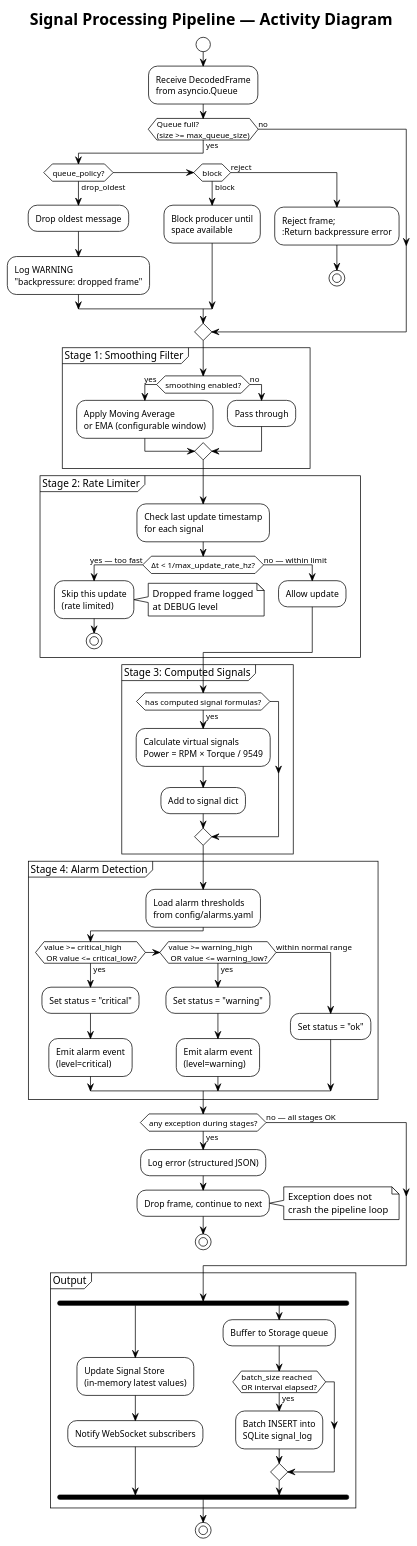
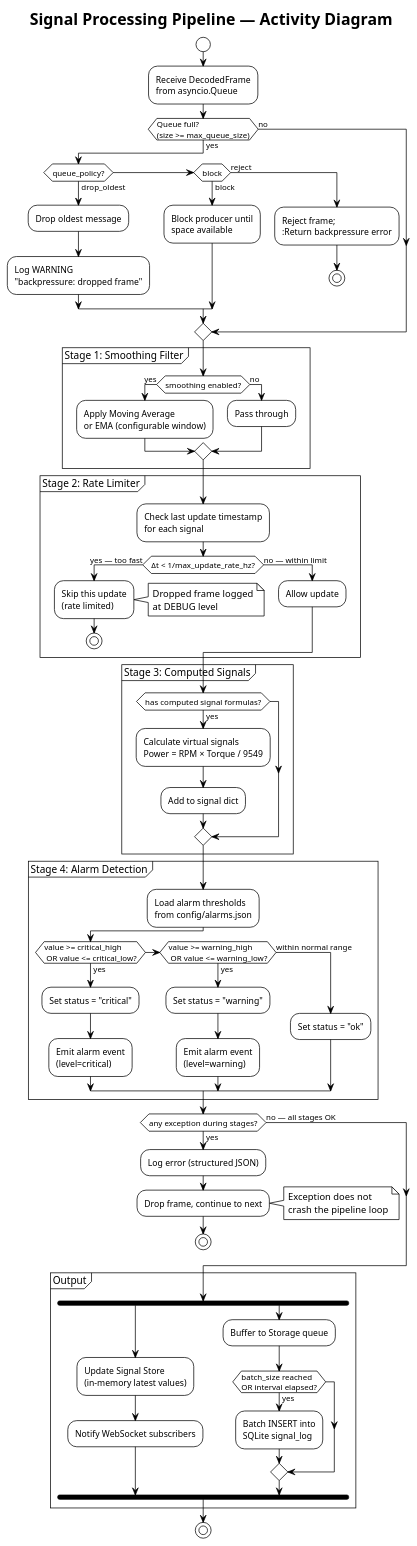
The diagram in diagram/08_activity_pipeline.puml (3tdn/car-hmi), drawn with PlantUML before and after one commit. The commit also changed 35 other files, not shown here.

Commit message:
thay doi config yaml thanh json

```diff
--- a/diagram/08_activity_pipeline.puml
+++ b/diagram/08_activity_pipeline.puml
@@ -1,83 +1,83 @@
 @startuml Activity - Signal Processing Pipeline
 !theme plain
 title Signal Processing Pipeline — Activity Diagram
 
 start
 
 :Receive DecodedFrame\nfrom asyncio.Queue;
 
 if (Queue full?\n(size >= max_queue_size)) then (yes)
     if (queue_policy?) then (drop_oldest)
         :Drop oldest message;
         :Log WARNING\n"backpressure: dropped frame";
     elseif (block) then (block)
         :Block producer until\nspace available;
     else (reject)
         :Reject frame;\n:Return backpressure error;
         stop
     endif
 else (no)
 endif
 
 partition "Stage 1: Smoothing Filter" {
     if (smoothing enabled?) then (yes)
         :Apply Moving Average\nor EMA (configurable window);
     else (no)
         :Pass through;
     endif
 }
 
 partition "Stage 2: Rate Limiter" {
     :Check last update timestamp\nfor each signal;
     if (Δt < 1/max_update_rate_hz?) then (yes — too fast)
         :Skip this update\n(rate limited);
         note right: Dropped frame logged\nat DEBUG level
         stop
     else (no — within limit)
         :Allow update;
     endif
 }
 
 partition "Stage 3: Computed Signals" {
     if (has computed signal formulas?) then (yes)
         :Calculate virtual signals\nPower = RPM × Torque / 9549;
         :Add to signal dict;
     endif
 }
 
 partition "Stage 4: Alarm Detection" {
-    :Load alarm thresholds\nfrom config/alarms.yaml;
+    :Load alarm thresholds\nfrom config/alarms.json;
     if (value >= critical_high\n OR value <= critical_low?) then (yes)
         :Set status = "critical";
         :Emit alarm event\n(level=critical);
     elseif (value >= warning_high\n OR value <= warning_low?) then (yes)
         :Set status = "warning";
         :Emit alarm event\n(level=warning);
     else (within normal range)
         :Set status = "ok";
     endif
 }
 
 if (any exception during stages?) then (yes)
     :Log error (structured JSON);
     :Drop frame, continue to next;
     note right: Exception does not\ncrash the pipeline loop
     stop
 else (no — all stages OK)
 endif
 
 partition "Output" {
     fork
         :Update Signal Store\n(in-memory latest values);
         :Notify WebSocket subscribers;
     fork again
         :Buffer to Storage queue;
         if (batch_size reached\nOR interval elapsed?) then (yes)
             :Batch INSERT into\nSQLite signal_log;
         endif
     end fork
 }
 
 stop
 
 @enduml
```
